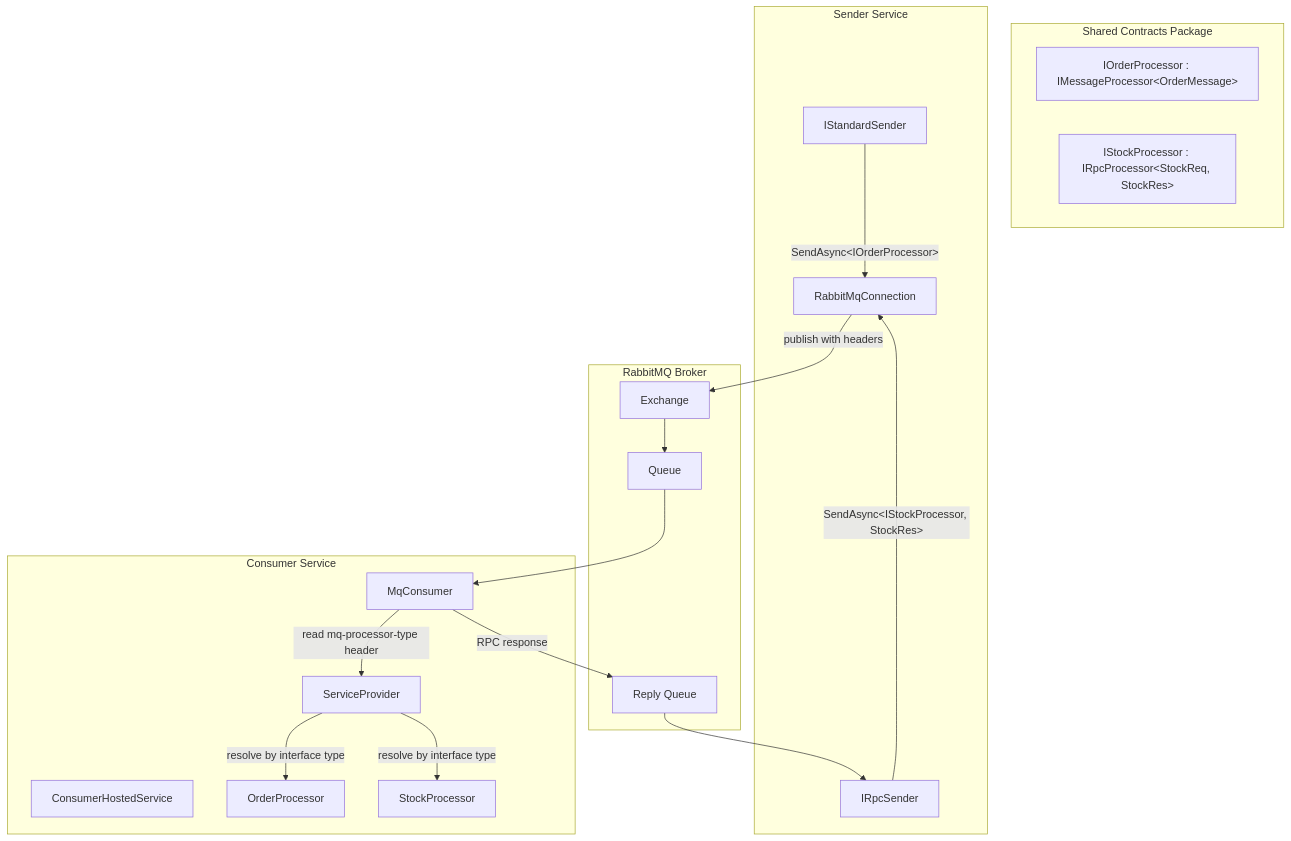
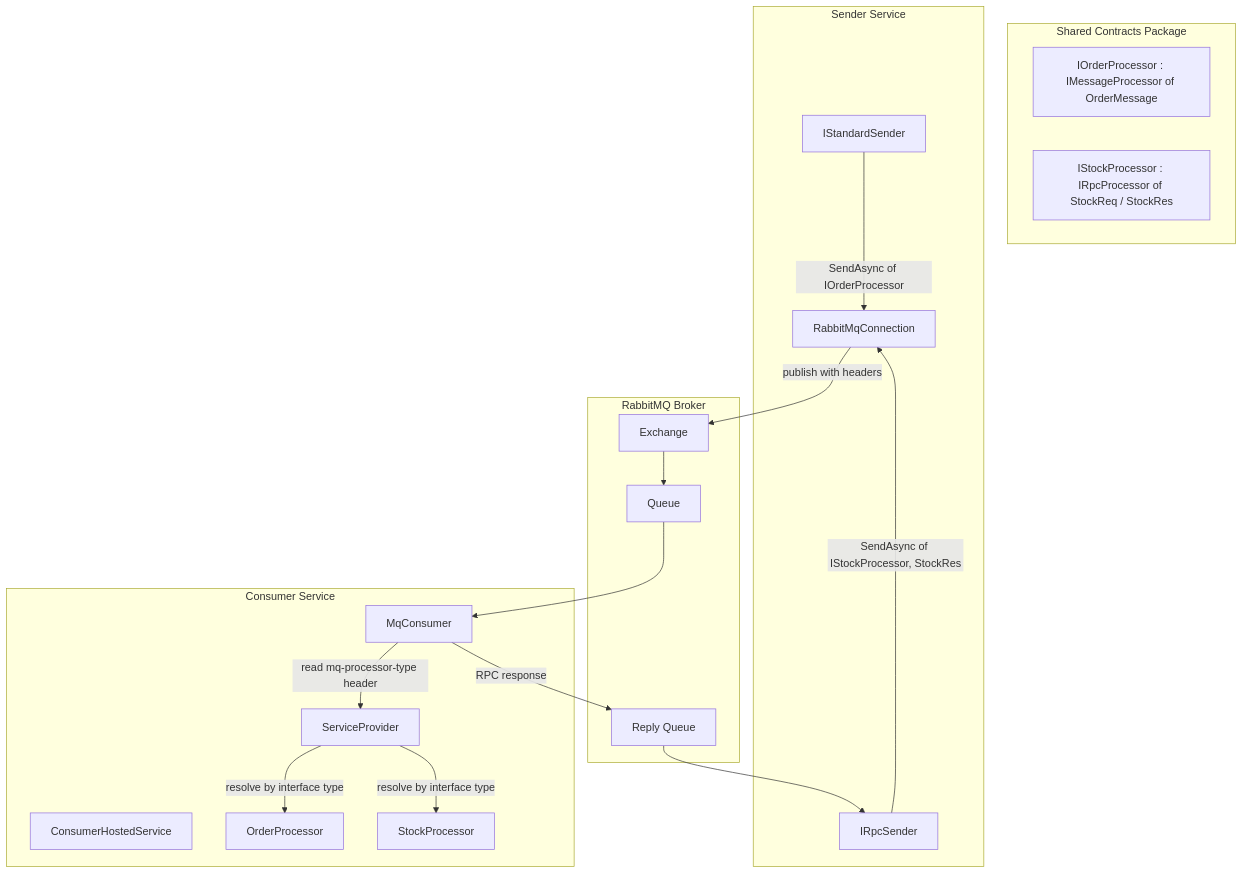
One commit to gabollado/MqCSFramework changed the diagram in specs/design.md. Above: the diagram before and after it, drawn with Mermaid. The commit also changed other lines of this file and 6 other files, not shown here.

````diff
--- a/specs/design.md
+++ b/specs/design.md
@@ -101,38 +85,38 @@
 ```mermaid
 graph TB
     subgraph "Shared Contracts Package"
-        IOP[IOrderProcessor : IMessageProcessor&lt;OrderMessage&gt;]
-        ISP[IStockProcessor : IRpcProcessor&lt;StockReq, StockRes&gt;]
+        IOP[IOrderProcessor : IMessageProcessor of OrderMessage]
+        ISP[IStockProcessor : IRpcProcessor of StockReq / StockRes]
     end
 
     subgraph "Sender Service"
         SS[IStandardSender]
         RS[IRpcSender]
         SC[RabbitMqConnection]
     end
 
     subgraph "RabbitMQ Broker"
         EX[Exchange]
         Q[Queue]
         RQ[Reply Queue]
     end
 
     subgraph "Consumer Service"
         CH[ConsumerHostedService]
         MC[MqConsumer]
         DI[ServiceProvider]
         OP[OrderProcessor]
         SP[StockProcessor]
     end
 
-    SS -->|SendAsync&lt;IOrderProcessor&gt;| SC
-    RS -->|SendAsync&lt;IStockProcessor, StockRes&gt;| SC
+    SS -->|SendAsync of IOrderProcessor| SC
+    RS -->|SendAsync of IStockProcessor, StockRes| SC
     SC -->|publish with headers| EX
     EX --> Q
     Q --> MC
     MC -->|read mq-processor-type header| DI
     DI -->|resolve by interface type| OP
     DI -->|resolve by interface type| SP
     MC -->|RPC response| RQ
     RQ --> RS
 ```
````
